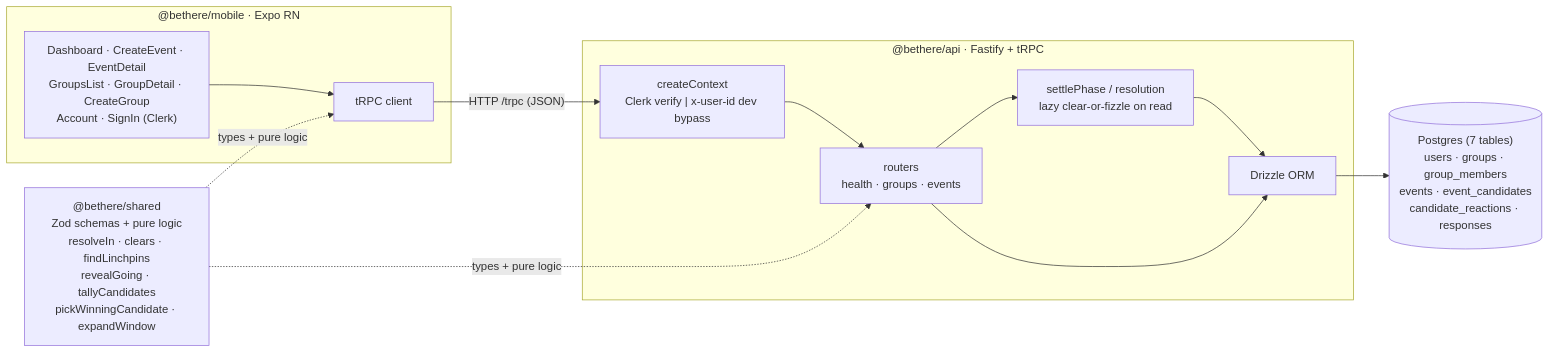
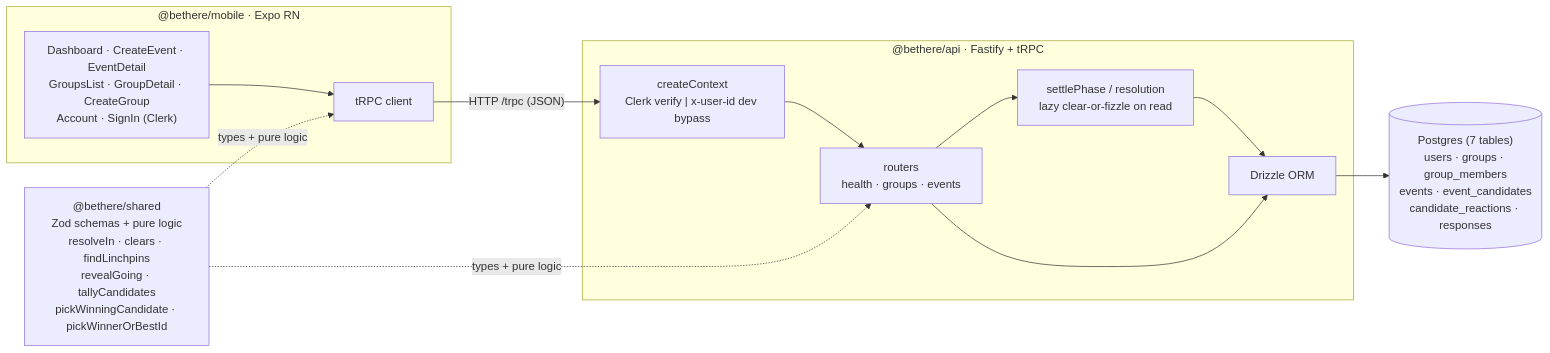
One commit to gong8/drp_02 changed the first of 2 diagrams in ARCHITECTURE.md. Above: the diagram before and after it, drawn with Mermaid. The commit also changed other lines of this file, not shown here.

Commit message:
docs(architecture): rewrite model, lifecycle diagram, privacy, and seeding to unified suggest flow

````diff
--- a/ARCHITECTURE.md
+++ b/ARCHITECTURE.md
@@ -24,21 +31,21 @@
 ```mermaid
 flowchart LR
   subgraph mobile["@bethere/mobile · Expo RN"]
     UI["Dashboard · CreateEvent · EventDetail\nGroupsList · GroupDetail · CreateGroup\nAccount · SignIn (Clerk)"] --> C["tRPC client"]
   end
   subgraph api["@bethere/api · Fastify + tRPC"]
     AUTH["createContext\nClerk verify | x-user-id dev bypass"]
     R["routers\nhealth · groups · events"]
     SVC["settlePhase / resolution\nlazy clear-or-fizzle on read"]
     AUTH --> R
     R --> SVC --> D["Drizzle ORM"]
     R --> D
   end
   DB[("Postgres (7 tables)\nusers · groups · group_members\nevents · event_candidates\ncandidate_reactions · responses")]
-  S["@bethere/shared\nZod schemas + pure logic\nresolveIn · clears · findLinchpins\nrevealGoing · tallyCandidates\npickWinningCandidate · expandWindow"]
+  S["@bethere/shared\nZod schemas + pure logic\nresolveIn · clears · findLinchpins\nrevealGoing · tallyCandidates\npickWinningCandidate · pickWinnerOrBestId"]
 
   C -- "HTTP /trpc (JSON)" --> AUTH
   D --> DB
   S -. "types + pure logic" .-> C
   S -. "types + pure logic" .-> R
 ```
````
